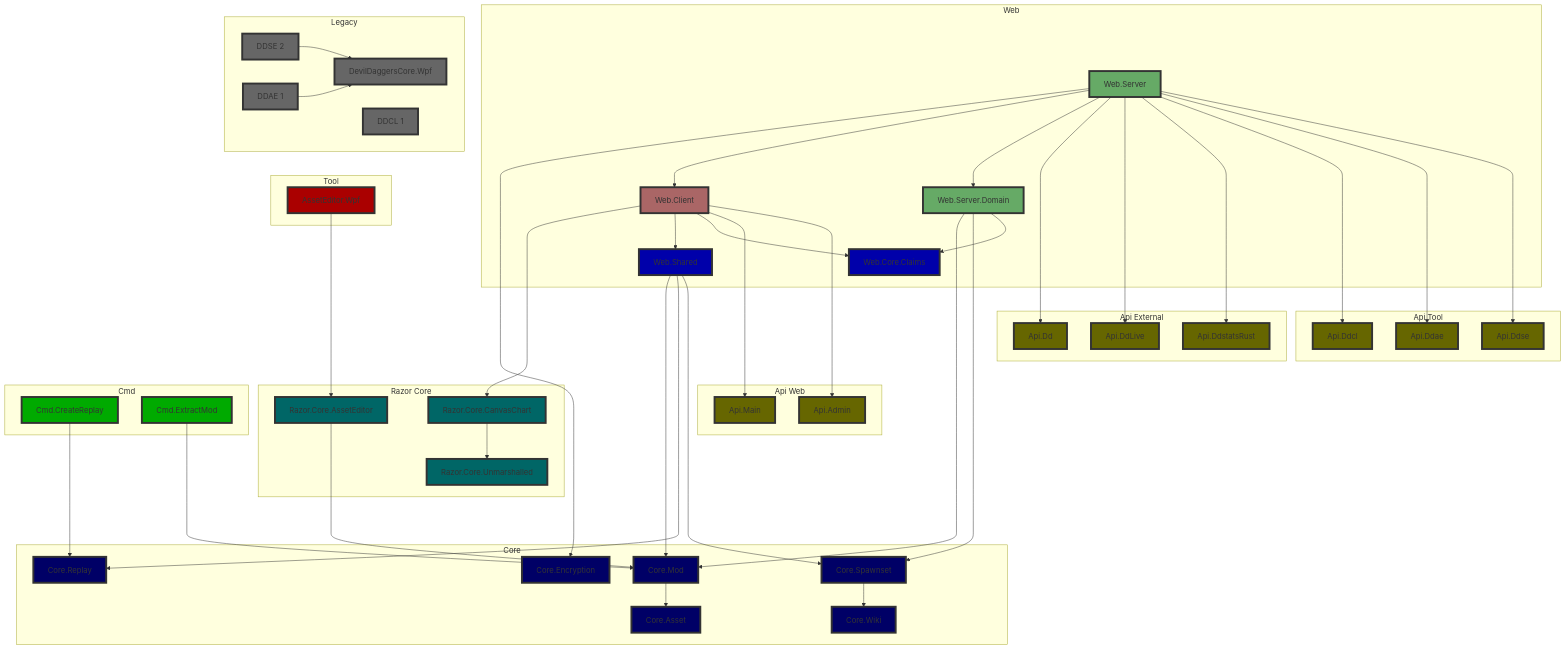
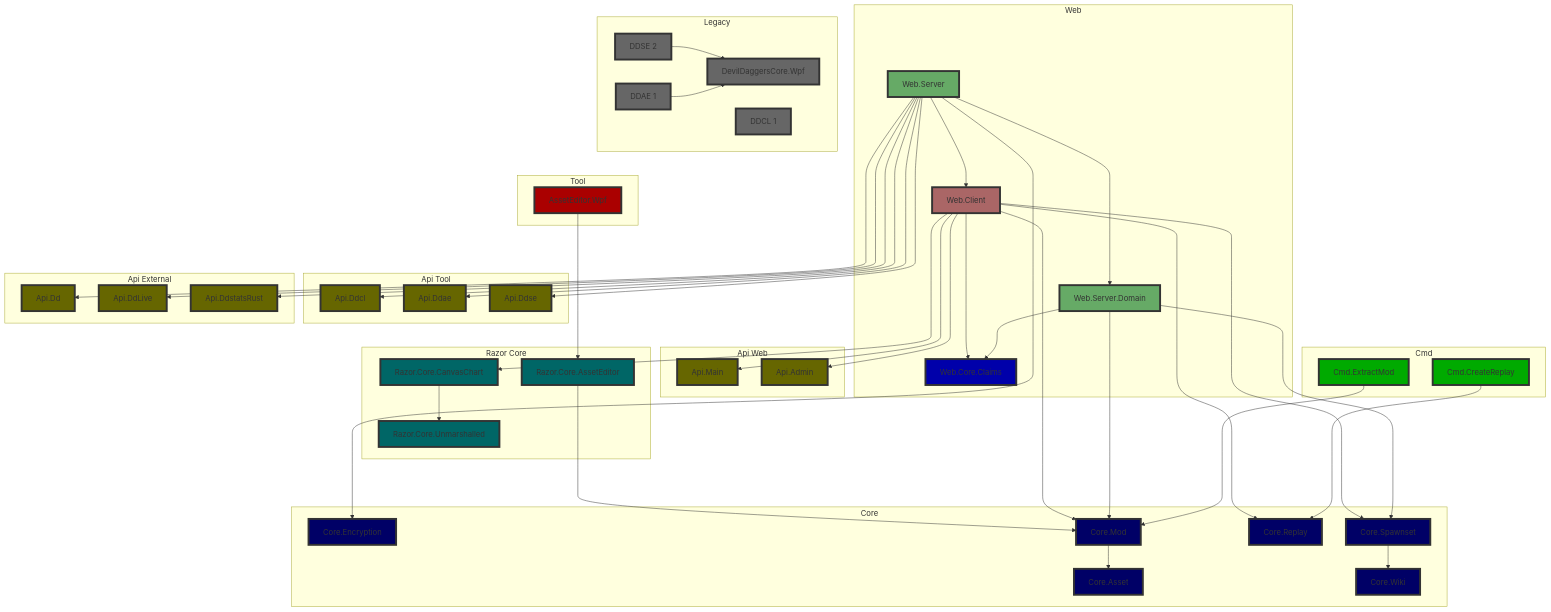
Before and after one commit to NoahStolk/ddinfo-web: the first of 3 diagrams in docs/architecture.md, drawn with Mermaid. The commit also changed 53 other files, not shown here.

```diff
--- a/docs/architecture.md
+++ b/docs/architecture.md
@@ -38,7 +38,6 @@
 	web_client[Web.Client]
 	web_server[Web.Server]
 	web_server_domain[Web.Server.Domain]
-	web_shared[Web.Shared]
 	web_core_claims[Web.Core.Claims]
 	api_dd[Api.Dd]
 	api_ddlive[Api.DdLive]
@@ -60,7 +59,7 @@
 	class razor_core_asseteditor,razor_core_canvaschart,razor_core_unmarshalled razor_core;
 	class web_client web_client;
 	class web_server,web_server_domain web_server;
-	class web_shared,web_core_claims web_core;
+	class web_core_claims web_core;
 	class api_dd,api_ddlive,api_ddrust,api_main,api_admin,api_ddcl,api_ddae,api_ddse api;
 
 	class ddse_legacy,ddcl_legacy,ddae_legacy,ddcore_legacy legacy;
@@ -91,8 +90,10 @@
 
 	subgraph Web
 		web_client ----> razor_core_canvaschart
-		web_client --> web_shared
-		web_client --> web_core_claims
+		web_client ----> web_core_claims
+		web_client ----> core_mod
+		web_client ----> core_replay
+		web_client ----> core_spawnset
 
 		web_server --> core_encryption
 		web_server --> web_client
@@ -101,10 +102,6 @@
 		web_server_domain --> core_mod
 		web_server_domain --> core_spawnset
 		web_server_domain --> web_core_claims
-
-		web_shared ----> core_mod
-		web_shared ----> core_replay
-		web_shared ----> core_spawnset
 	end
 
 	subgraph Tool
```
